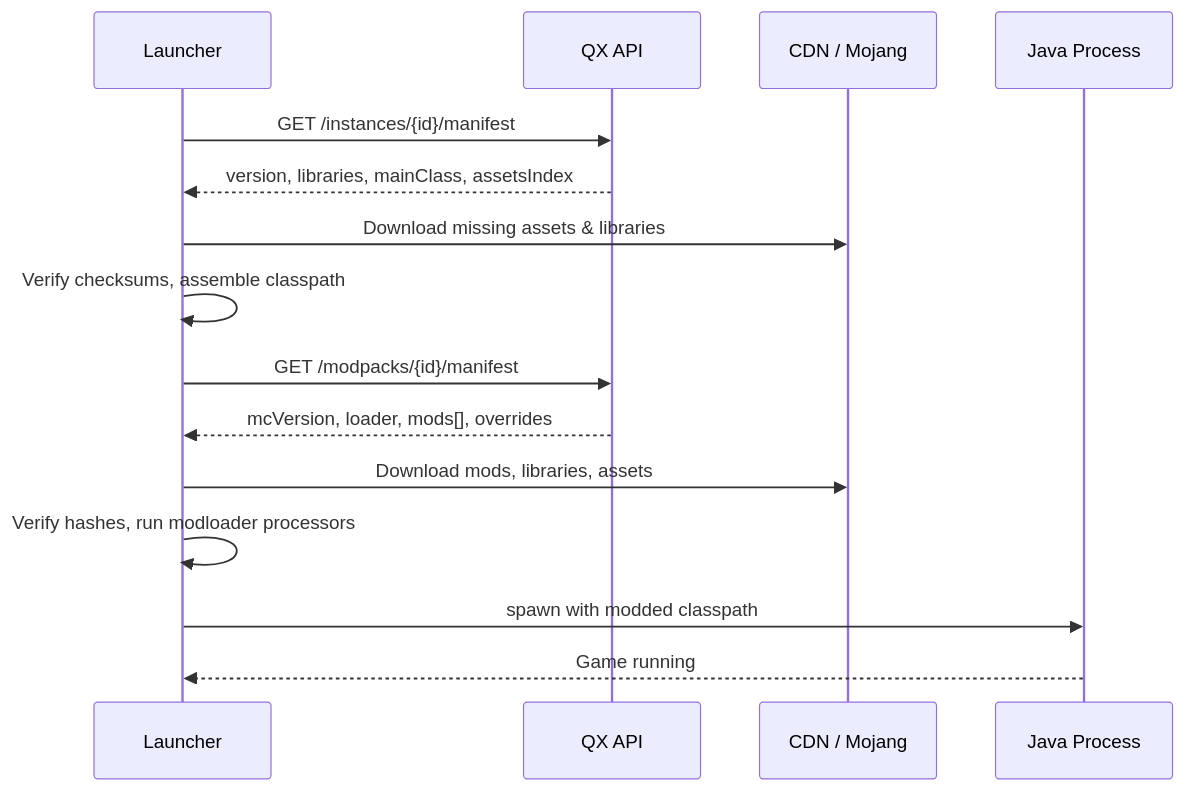
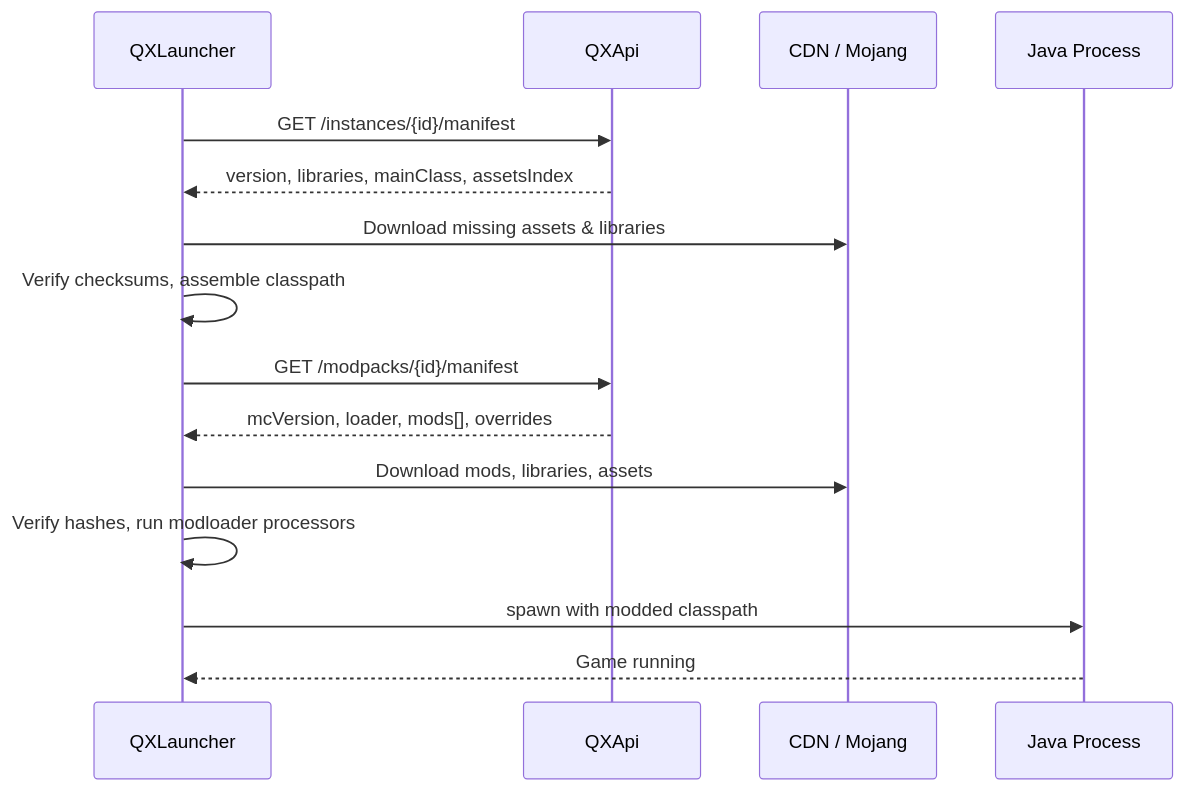
Before and after one commit to mindevis/qx-project: the seventh of 16 diagrams in docs/architecture.md, drawn with Mermaid. The commit also changed other lines of this file and 14 other files, not shown here.

````diff
--- a/docs/architecture.md
+++ b/docs/architecture.md
@@ -426,18 +388,18 @@
 ```mermaid
 sequenceDiagram
-    participant L as Launcher
-    participant API as QX API
+    participant L as QXLauncher
+    participant API as QXApi
     participant CDN as CDN / Mojang
     participant JVM as Java Process
 
     L->>API: GET /instances/{id}/manifest
     API-->>L: version, libraries, mainClass, assetsIndex
     L->>CDN: Download missing assets & libraries
     L->>L: Verify checksums, assemble classpath
     L->>API: GET /modpacks/{id}/manifest
     API-->>L: mcVersion, loader, mods[], overrides
     L->>CDN: Download mods, libraries, assets
     L->>L: Verify hashes, run modloader processors
     L->>JVM: spawn with modded classpath
     JVM-->>L: Game running
 ```
````
